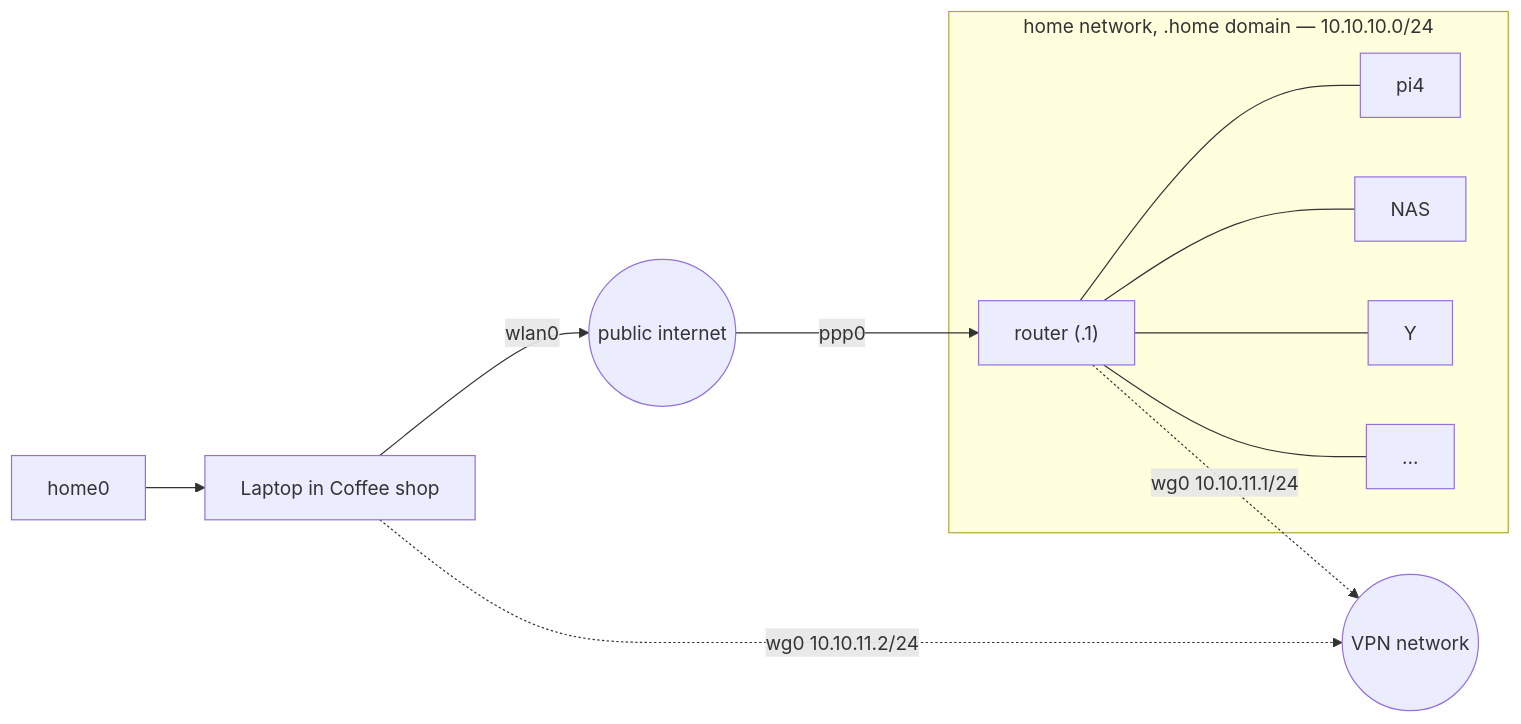
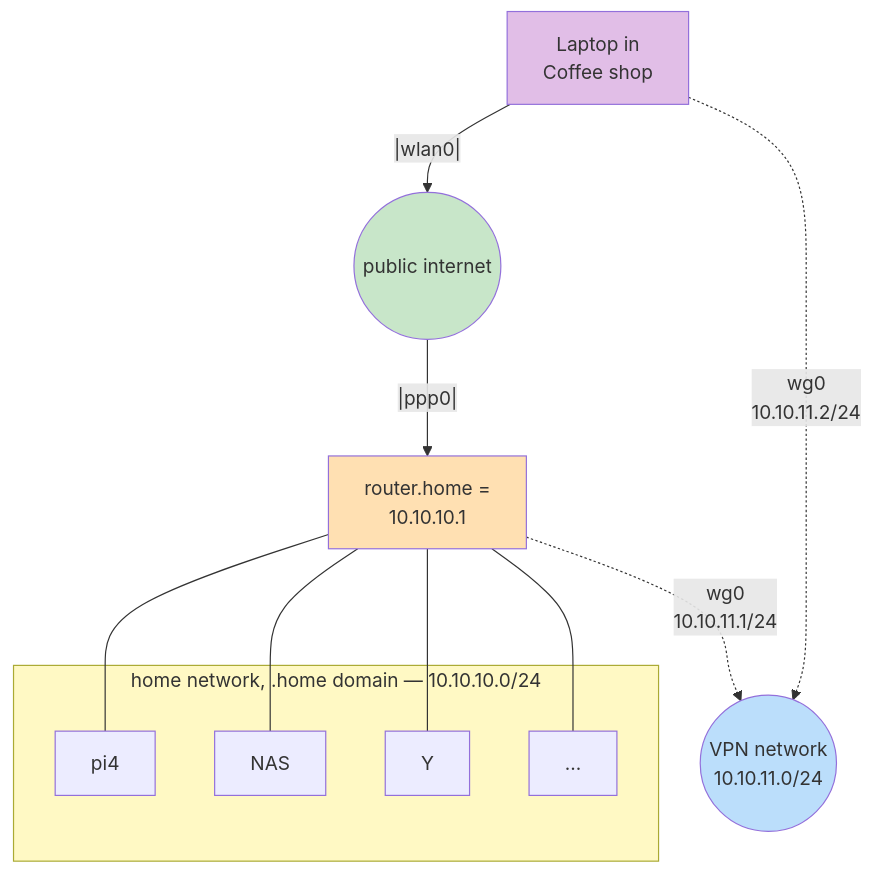
One commit to canonical/ubuntu-server-documentation changed the diagram in how-to/wireguard-vpn/peer-to-site-on-router.md. Above: the diagram before and after it, drawn with Mermaid.

Commit message:
Update diagram to match #407
This update was intended to replace this diagram but was submitted as a separate PR (#407) instead

````diff
--- a/how-to/wireguard-vpn/peer-to-site-on-router.md
+++ b/how-to/wireguard-vpn/peer-to-site-on-router.md
@@ -7,27 +7,26 @@
 ```{mermaid}
 
-flowchart LR
-  home0["home0"]
-  laptop["Laptop in Coffee shop"]
-  home0 --> laptop
-
-  internet(("public internet"))
-  vpn(("VPN network"))
-
-  subgraph home["home network, .home domain — 10.10.10.0/24"]
-    router["router (.1)"]
-    pi4["pi4"]
-    nas["NAS"]
-    extra["Y"]
-    dots["..."]
-    router --- pi4
-    router --- nas
-    router --- extra
-    router --- dots
+%% Conversion Markdown ASCII diagram peer-to-site-on-router 
+flowchart TB
+%% Home network LAN
+ subgraph home["home network, .home domain — 10.10.10.0/24"]
+        pi4["pi4"]
+        nas["NAS"]
+        Y["Y"]
+        dots["..."]
   end
 
-  laptop -- wlan0 --> internet
-  internet -- ppp0 --> router
-  laptop -. "wg0 10.10.11.2/24" .-> vpn
-  router -. "wg0 10.10.11.1/24" .-> vpn
+%% External/public and VPN elements
+    laptop["Laptop in<br>Coffee shop"] -- |wlan0| --> internet(("public internet"))
+    internet -- |ppp0| --> router["router.home =<br> 10.10.10.1"]
+    laptop -. "wg0<br>10.10.11.2/24" .-> vpn(("VPN network<br>10.10.11.0/24"))
+    router -. "wg0<br>10.10.11.1/24" .-> vpn
+    router --- pi4 & dots & nas & Y
+
+%% Styling - colours
+    style laptop fill:#E1BEE7
+    style internet fill:#C8E6C9
+    style router fill:#FFE0B2
+    style vpn fill:#BBDEFB
+    style home fill:#FFF9C4
 ```
````
